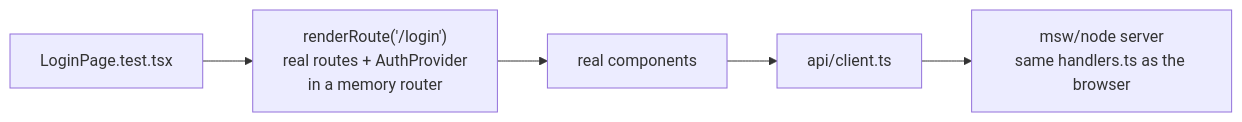
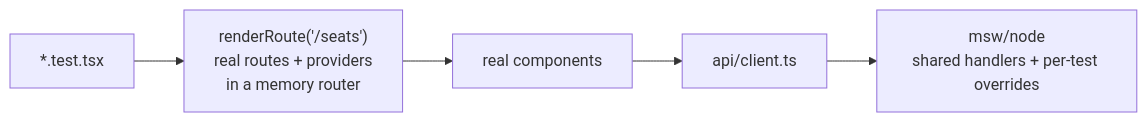
One commit to Cofinpro/praying-mantis-1 changed the eighth of 8 diagrams in Classroom.md. Above: the diagram before and after it, drawn with Mermaid. The commit also changed other lines of this file and 1 other file, not shown here.

````diff
--- a/Classroom.md
+++ b/Classroom.md
@@ -252,7 +544,7 @@
 ```mermaid
 flowchart LR
-  T["LoginPage.test.tsx"] --> R["renderRoute('/login')<br/>real routes + AuthProvider<br/>in a memory router"]
+  T["*.test.tsx"] --> R["renderRoute('/seats')<br/>real routes + providers<br/>in a memory router"]
   R --> App["real components"]
   App --> C["api/client.ts"]
-  C --> N["msw/node server<br/>same handlers.ts as the browser"]
+  C --> N["msw/node<br/>shared handlers + per-test overrides"]
 ```
````
